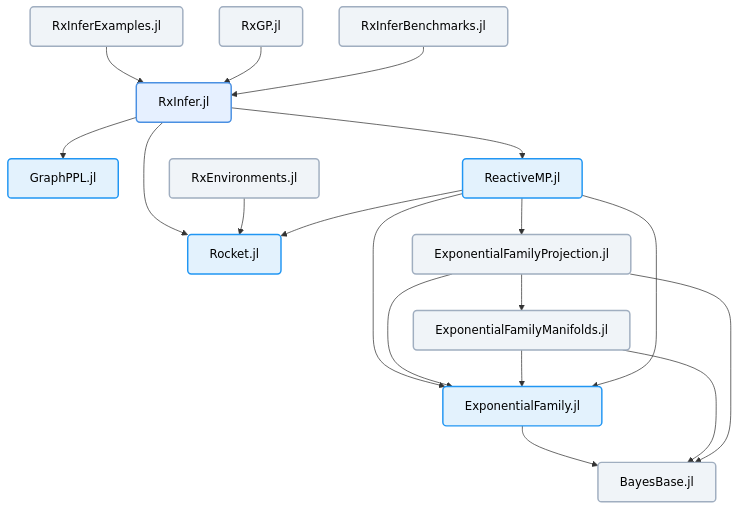
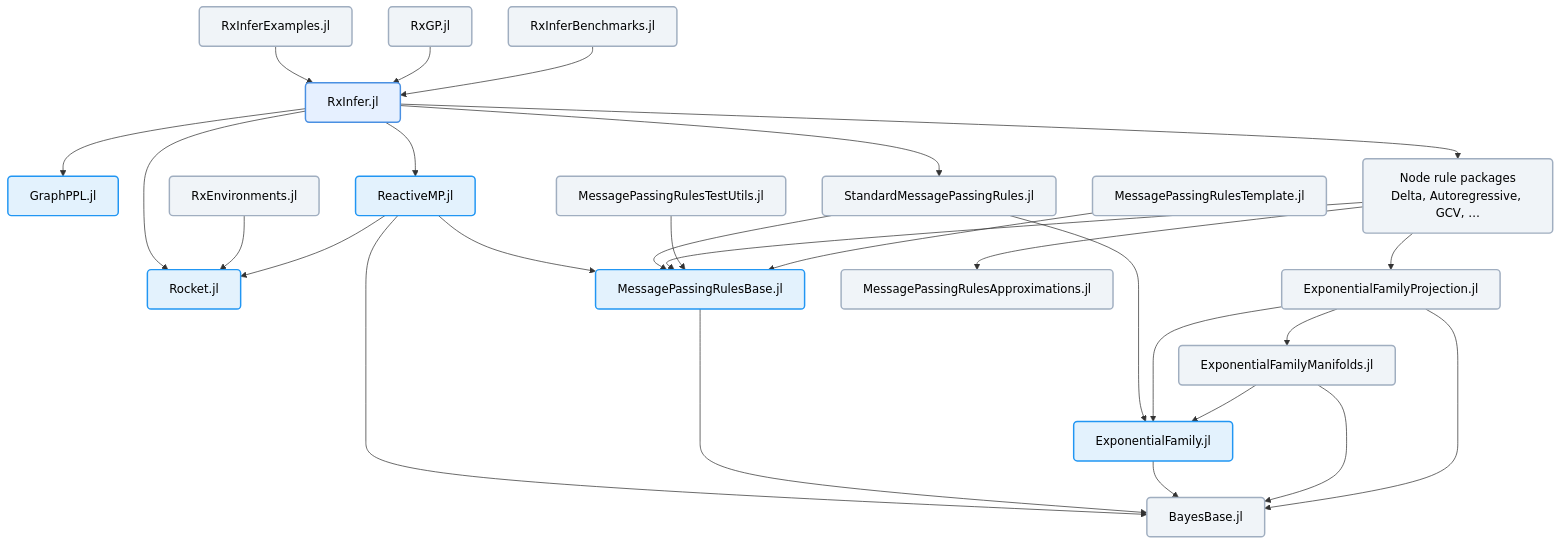
Before and after one commit to ReactiveBayes/.github: the diagram in profile/README.md, drawn with Mermaid. The commit also changed other lines of this file, not shown here.

Commit message:
Profile: the message passing rule packages
ReactiveMP 7 holds no rules: nodes and rules are declared with
MessagePassingRulesBase and live in registered rule packages. The diagram
gains the base package, StandardMessagePassingRules, the node packages,
Approximations, TestUtils and the template; ReactiveMP depends on the
base package, Rocket and BayesBase, no longer on ExponentialFamily, and
its duplicate edge is gone. ReactiveMP's entry stops saying it holds the
rules, RxInfer's mentions the rule packages it loads and its partial
Reactant support, and a section lists the rule packages.

The section on using RxInfer from Python through RxInferServer is
removed: that work is no longer maintained.

Claude-Session: https://claude.ai/code/session_01BMb8wcJgMUA1DNToYE79hW

````diff
--- a/profile/README.md
+++ b/profile/README.md
@@ -11,50 +11,65 @@
 ```mermaid 
 graph TD
     %% Node definitions
     RxInfer["RxInfer.jl"]
     RxInferExamples["RxInferExamples.jl"]
     GraphPPL["GraphPPL.jl"]
     ReactiveMP["ReactiveMP.jl"]
     Rocket["Rocket.jl"]
     RxEnvironments["RxEnvironments.jl"]
     ExponentialFamily["ExponentialFamily.jl"]
     ExponentialFamilyProjection["ExponentialFamilyProjection.jl"]
     ExponentialFamilyManifolds["ExponentialFamilyManifolds.jl"]
     BayesBase["BayesBase.jl"]
+    MessagePassingRulesBase["MessagePassingRulesBase.jl"]
+    StandardMessagePassingRules["StandardMessagePassingRules.jl"]
+    NodeRules["Node rule packages<br/>Delta, Autoregressive, GCV, …"]
+    MessagePassingRulesApproximations["MessagePassingRulesApproximations.jl"]
+    MessagePassingRulesTestUtils["MessagePassingRulesTestUtils.jl"]
+    MessagePassingRulesTemplate["MessagePassingRulesTemplate.jl"]
     RxGP["RxGP.jl"]
     RxInferBenchmarks["RxInferBenchmarks.jl"]
 
     %% Connections
     RxInfer --> GraphPPL
     RxInfer --> ReactiveMP
     RxInfer --> Rocket
+    RxInfer --> StandardMessagePassingRules
+    RxInfer --> NodeRules
 
     RxEnvironments --> Rocket
 
     RxInferExamples --> RxInfer
     RxGP --> RxInfer
     RxInferBenchmarks --> RxInfer
     
-    ReactiveMP --> ExponentialFamily
-    ReactiveMP --> ExponentialFamilyProjection
+    ReactiveMP --> MessagePassingRulesBase
     ReactiveMP --> Rocket
+    ReactiveMP --> BayesBase
+
+    StandardMessagePassingRules --> MessagePassingRulesBase
+    StandardMessagePassingRules --> ExponentialFamily
+    NodeRules --> MessagePassingRulesBase
+    NodeRules --> MessagePassingRulesApproximations
+    NodeRules --> ExponentialFamilyProjection
+    MessagePassingRulesTestUtils --> MessagePassingRulesBase
+    MessagePassingRulesTemplate --> MessagePassingRulesBase
+    MessagePassingRulesBase --> BayesBase
     
     ExponentialFamilyProjection --> ExponentialFamilyManifolds
     ExponentialFamilyProjection --> ExponentialFamily
     ExponentialFamilyManifolds --> ExponentialFamily
-    
-    ReactiveMP --> ExponentialFamily
-    
+
     ExponentialFamily --> BayesBase
     ExponentialFamilyManifolds --> BayesBase
     ExponentialFamilyProjection --> BayesBase
 
     %% Node styling
     classDef default fill:#f0f4f8,stroke:#a0aec0,stroke-width:2px,rx:5px,text-decoration:none,color:#000;
     classDef rxi fill:#e6f0ff,stroke:#4a90e2,stroke-width:2px,rx:5px,text-decoration:none,color:#000;
     classDef core fill:#e3f2fd,stroke:#2196f3,stroke-width:2px,rx:5px,text-decoration:none,color:#000;
     
     %% Apply core styling to main packages
-    class ReactiveMP,GraphPPL,Rocket,ExponentialFamily core;
+    class ReactiveMP,GraphPPL,Rocket,ExponentialFamily,MessagePassingRulesBase core;
     class RxInfer rxi;
 ```
````
